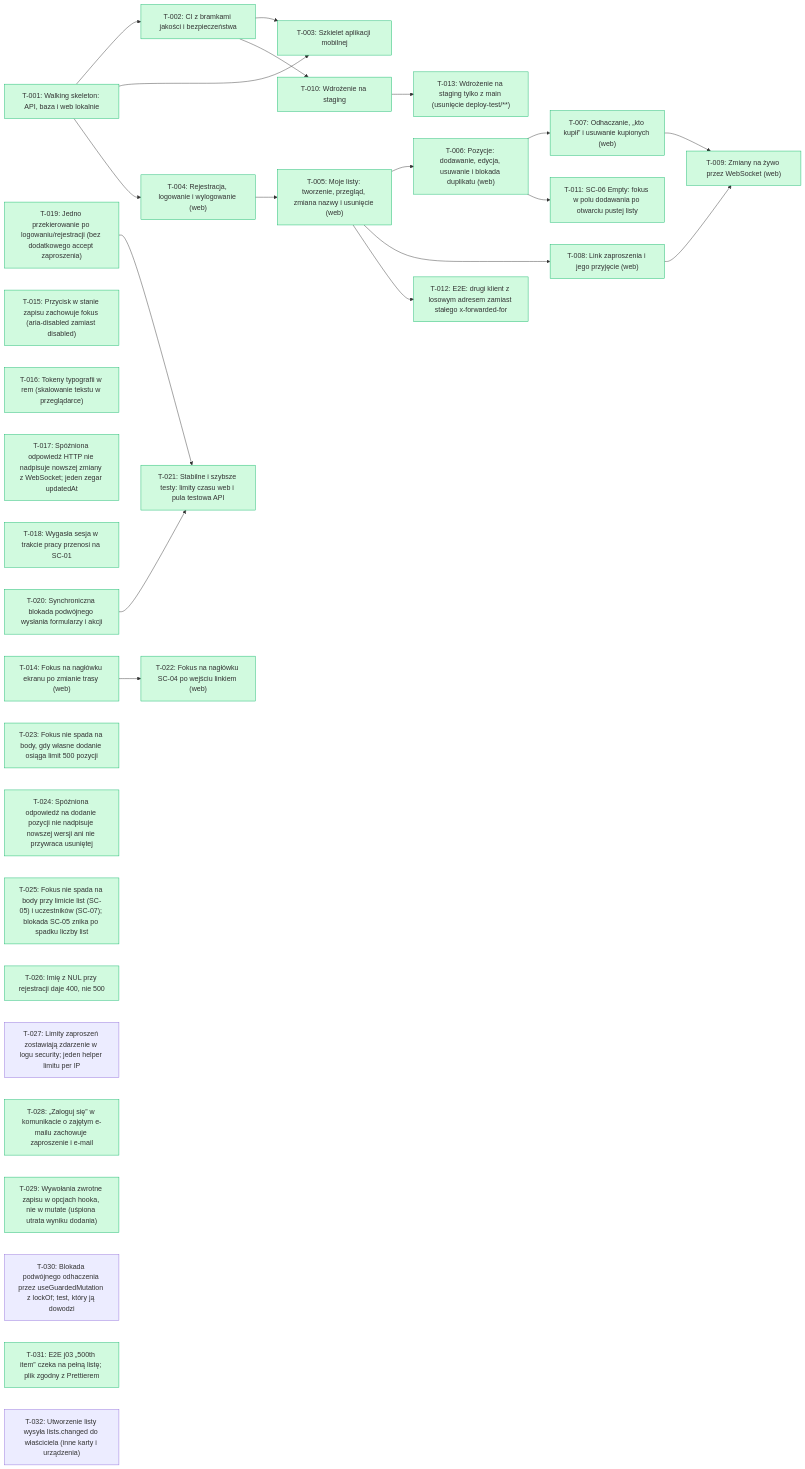
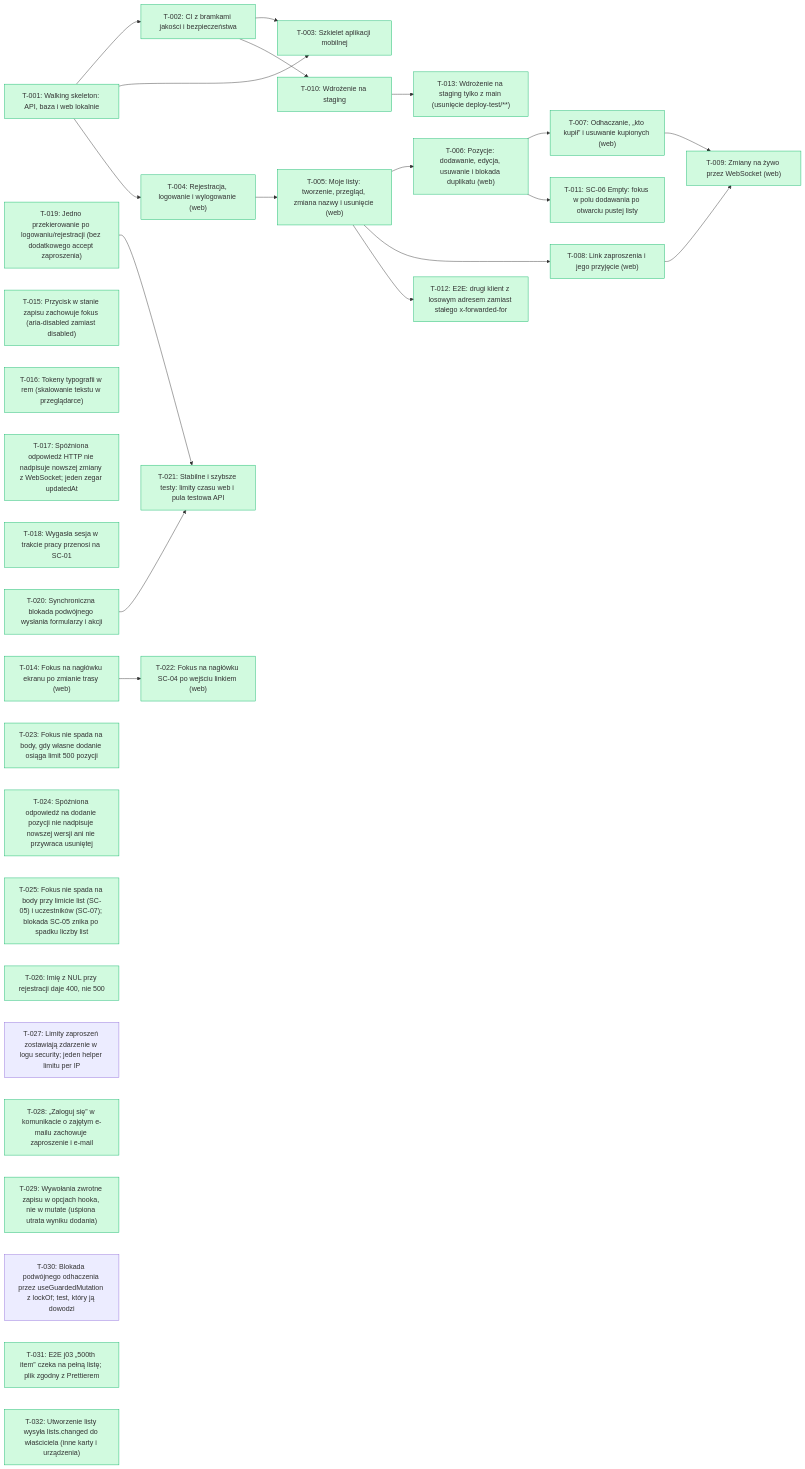
The diagram in docs/backlog/index.md (tombraz/lista-zakupow), drawn with Mermaid before and after one commit. The commit also changed other lines of this file and 1 other file, not shown here.

````diff
--- a/docs/backlog/index.md
+++ b/docs/backlog/index.md
@@ -19,56 +18,56 @@
 ```mermaid
 flowchart LR
   T_001["T-001: Walking skeleton: API, baza i web lokalnie"]:::done
   T_002["T-002: CI z bramkami jakości i bezpieczeństwa"]:::done
   T_003["T-003: Szkielet aplikacji mobilnej"]:::done
   T_004["T-004: Rejestracja, logowanie i wylogowanie (web)"]:::done
   T_005["T-005: Moje listy: tworzenie, przegląd, zmiana nazwy i usunięcie (web)"]:::done
   T_006["T-006: Pozycje: dodawanie, edycja, usuwanie i blokada duplikatu (web)"]:::done
   T_007["T-007: Odhaczanie, „kto kupił” i usuwanie kupionych (web)"]:::done
   T_008["T-008: Link zaproszenia i jego przyjęcie (web)"]:::done
   T_009["T-009: Zmiany na żywo przez WebSocket (web)"]:::done
   T_010["T-010: Wdrożenie na staging"]:::done
   T_011["T-011: SC-06 Empty: fokus w polu dodawania po otwarciu pustej listy"]:::done
   T_012["T-012: E2E: drugi klient z losowym adresem zamiast stałego x-forwarded-for"]:::done
   T_013["T-013: Wdrożenie na staging tylko z main (usunięcie deploy-test/**)"]:::done
   T_014["T-014: Fokus na nagłówku ekranu po zmianie trasy (web)"]:::done
   T_015["T-015: Przycisk w stanie zapisu zachowuje fokus (aria-disabled zamiast disabled)"]:::done
   T_016["T-016: Tokeny typografii w rem (skalowanie tekstu w przeglądarce)"]:::done
   T_017["T-017: Spóźniona odpowiedź HTTP nie nadpisuje nowszej zmiany z WebSocket; jeden zegar updatedAt"]:::done
   T_018["T-018: Wygasła sesja w trakcie pracy przenosi na SC-01"]:::done
   T_019["T-019: Jedno przekierowanie po logowaniu/rejestracji (bez dodatkowego accept zaproszenia)"]:::done
   T_020["T-020: Synchroniczna blokada podwójnego wysłania formularzy i akcji"]:::done
   T_021["T-021: Stabilne i szybsze testy: limity czasu web i pula testowa API"]:::done
   T_022["T-022: Fokus na nagłówku SC-04 po wejściu linkiem (web)"]:::done
   T_023["T-023: Fokus nie spada na body, gdy własne dodanie osiąga limit 500 pozycji"]:::done
   T_024["T-024: Spóźniona odpowiedź na dodanie pozycji nie nadpisuje nowszej wersji ani nie przywraca usuniętej"]:::done
   T_025["T-025: Fokus nie spada na body przy limicie list (SC-05) i uczestników (SC-07); blokada SC-05 znika po spadku liczby list"]:::done
   T_026["T-026: Imię z NUL przy rejestracji daje 400, nie 500"]:::done
   T_027["T-027: Limity zaproszeń zostawiają zdarzenie w logu security; jeden helper limitu per IP"]
   T_028["T-028: „Zaloguj się” w komunikacie o zajętym e-mailu zachowuje zaproszenie i e-mail"]:::done
   T_029["T-029: Wywołania zwrotne zapisu w opcjach hooka, nie w mutate (uśpiona utrata wyniku dodania)"]:::done
   T_030["T-030: Blokada podwójnego odhaczenia przez useGuardedMutation z lockOf; test, który ją dowodzi"]
   T_031["T-031: E2E j03 „500th item” czeka na pełną listę; plik zgodny z Prettierem"]:::done
-  T_032["T-032: Utworzenie listy wysyła lists.changed do właściciela (inne karty i urządzenia)"]
+  T_032["T-032: Utworzenie listy wysyła lists.changed do właściciela (inne karty i urządzenia)"]:::done
   T_001 --> T_002
   T_001 --> T_003
   T_002 --> T_003
   T_001 --> T_004
   T_004 --> T_005
   T_005 --> T_006
   T_006 --> T_007
   T_005 --> T_008
   T_007 --> T_009
   T_008 --> T_009
   T_002 --> T_010
   T_006 --> T_011
   T_005 --> T_012
   T_010 --> T_013
   T_019 --> T_021
   T_020 --> T_021
   T_014 --> T_022
   classDef done fill:#d1fadf,stroke:#12b76a
   classDef wip fill:#fef0c7,stroke:#f79009
   classDef qa fill:#e0eaff,stroke:#2970ff
   classDef blocked fill:#fee4e2,stroke:#f04438
 ```
````
